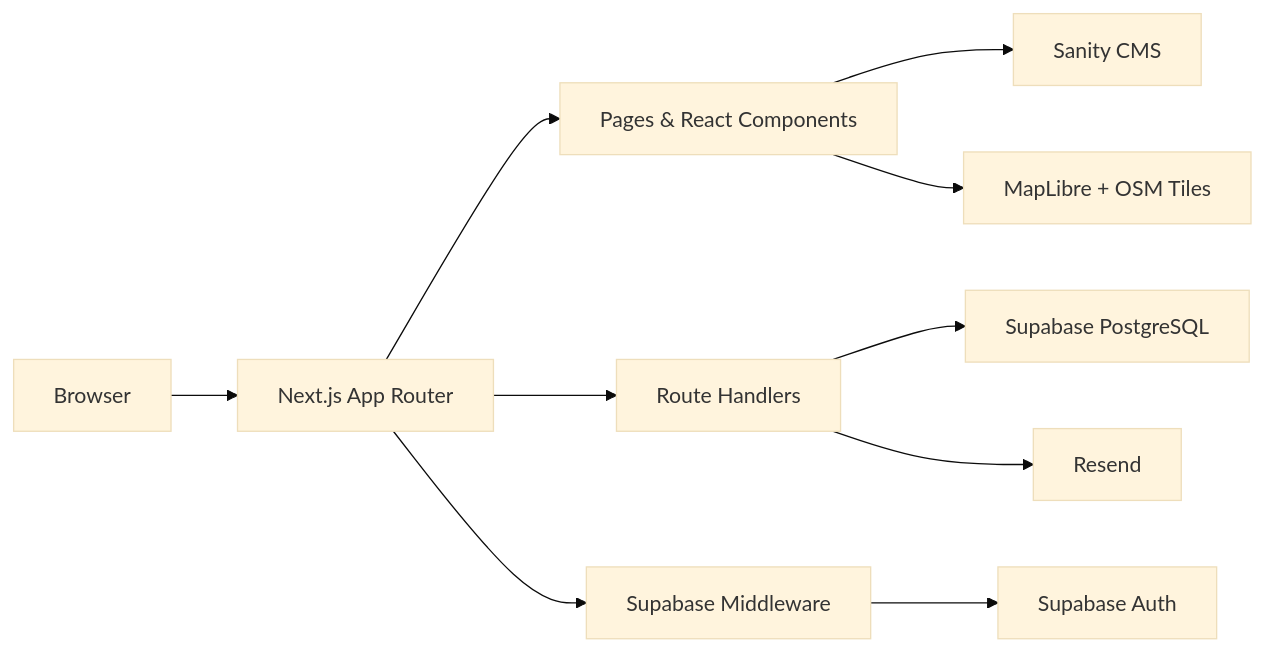
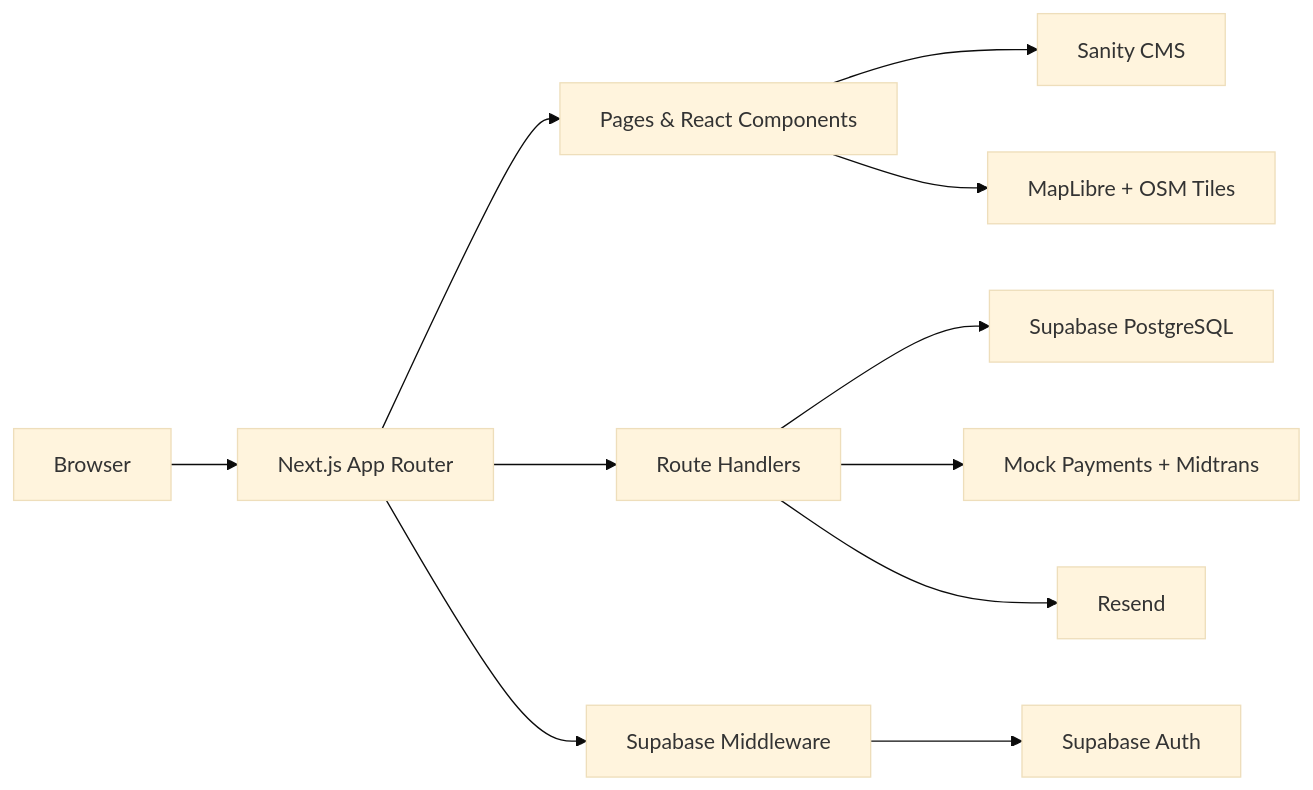
One commit to Naktekfis/demo-web changed the diagram in README.md. Above: the diagram before and after it, drawn with Mermaid (base theme). The commit also changed other lines of this file, not shown here.

````diff
--- a/README.md
+++ b/README.md
@@ -60,12 +61,13 @@
 ```mermaid
 flowchart LR
   user[Browser] --> app[Next.js App Router]
   app --> pages[Pages & React Components]
   app --> api[Route Handlers]
   app --> middleware[Supabase Middleware]
   middleware --> auth[Supabase Auth]
   api --> db[Supabase PostgreSQL]
+  api --> payment[Mock Payments + Midtrans]
   api --> email[Resend]
   pages --> cms[Sanity CMS]
   pages --> map[MapLibre + OSM Tiles]
 ```
````
